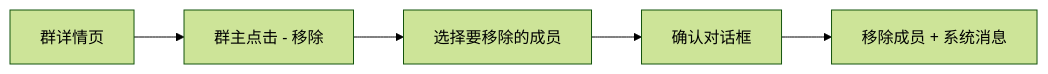
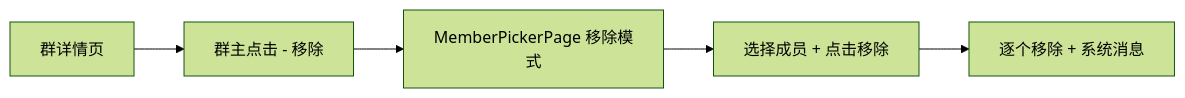
One commit to toly1994328/flash_im_by_ai changed the second of 7 diagrams in docs/features/im/group/v0.0.3/analysis.md. Above: the diagram before and after it, drawn with Mermaid (forest theme). The commit also changed other lines of this file and 33 other files, not shown here.

Commit message:
feat(group): v0.15.0 归档 + 草稿优化 + MemberPickerPage下沉 + GROUP_INFO_UPDATE + popUntil + 打包脚本修复

````diff
--- a/docs/features/im/group/v0.0.3/analysis.md
+++ b/docs/features/im/group/v0.0.3/analysis.md
@@ -33,7 +33,7 @@
 ```mermaid
 flowchart LR
     A[群详情页] --> B[群主点击 - 移除]
-    B --> C[选择要移除的成员]
-    C --> D[确认对话框]
-    D --> E[移除成员 + 系统消息]
+    B --> C[MemberPickerPage 移除模式]
+    C --> D[选择成员 + 点击移除]
+    D --> E[逐个移除 + 系统消息]
 ```
````
